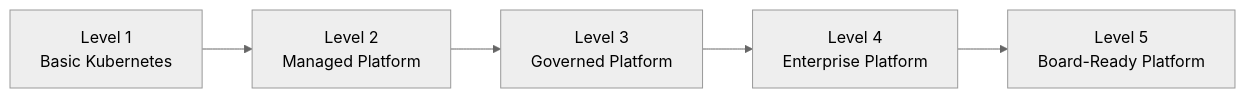
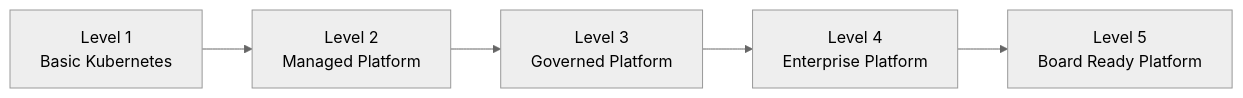
Before and after one commit to serewicz/k8s-platform-blueprint: the diagram in docs/platform-governance-maturity-model.md, drawn with Mermaid (neutral theme). The commit also changed 6 other files, not shown here.

Commit message:
Fix Mermaid diagram rendering

````diff
--- a/docs/platform-governance-maturity-model.md
+++ b/docs/platform-governance-maturity-model.md
@@ -11,7 +11,7 @@
 ```mermaid
 flowchart LR
     L1["Level 1<br/>Basic Kubernetes"] --> L2["Level 2<br/>Managed Platform"]
     L2 --> L3["Level 3<br/>Governed Platform"]
     L3 --> L4["Level 4<br/>Enterprise Platform"]
-    L4 --> L5["Level 5<br/>Board-Ready Platform"]
+    L4 --> L5["Level 5<br/>Board Ready Platform"]
 ```
````
